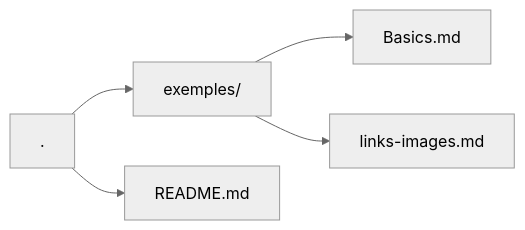
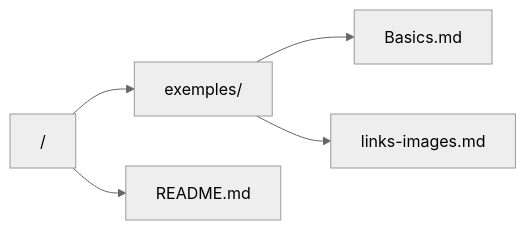
The diagram in README.md (Unde21/Markdown), drawn with Mermaid (neutral theme) before and after one commit. The commit also changed other lines of this file, not shown here.

````diff
--- a/README.md
+++ b/README.md
@@ -40,16 +42,14 @@
 ```mermaid
 flowchart LR
-    root["."]
+    root["/"]
 
     root --> exemples["exemples/"]
     exemples --> basics["Basics.md"]
     exemples --> links["links-images.md"]
-    %% exemples --> preview["markdownlivepreview.md"]
 
     root --> readme["README.md"]
     click basics "https://github.com/Lzozoflo/Markdown/blob/main/exemples/Basics.md" "Open Basics"
     click links "https://github.com/Lzozoflo/Markdown/blob/main/exemples/links-images.md" "Open links-images"
-    %% click preview "https://github.com/Lzozoflo/Markdown/blob/main/exemples/markdownlivepreview.md" "Open preview"
     click readme "https://github.com/Lzozoflo/Markdown/blob/main/README.md" "Open README"
 
 ```
````
